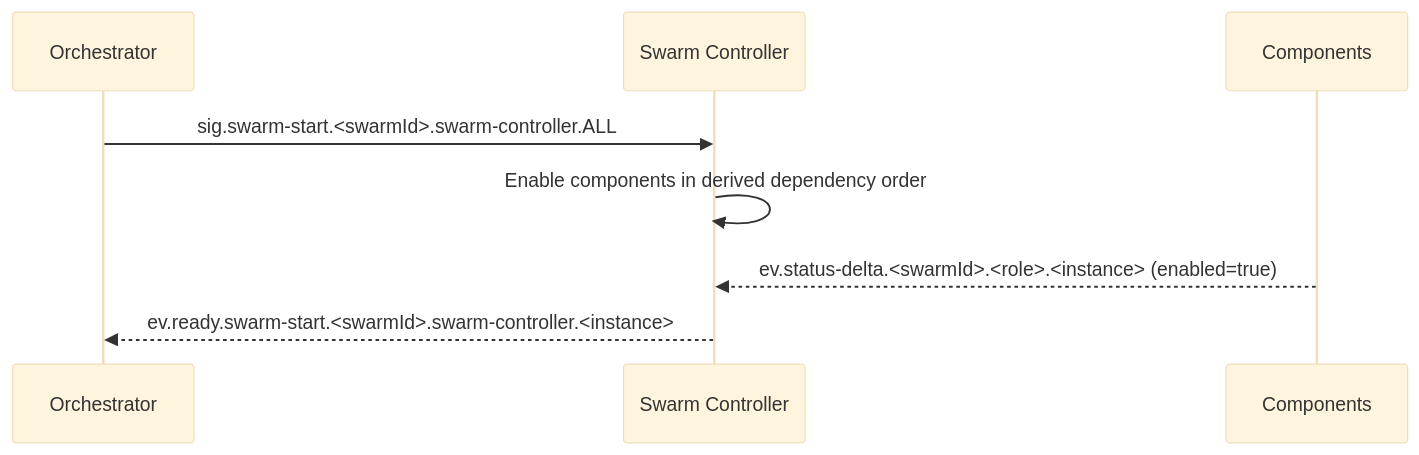
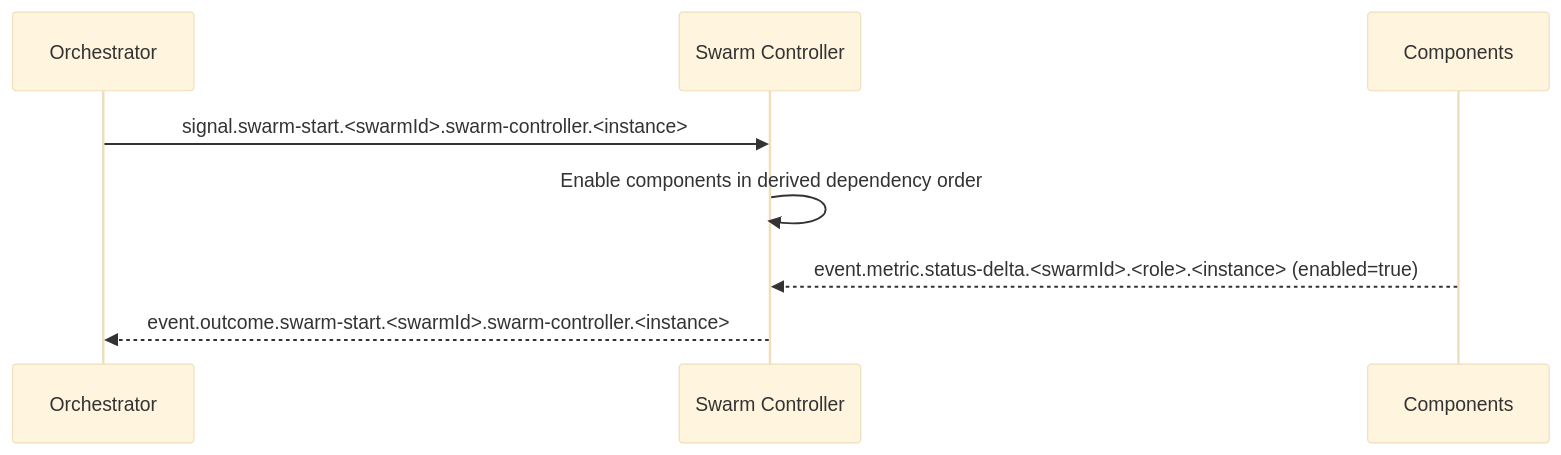
The second of 6 diagrams in docs/ARCHITECTURE.md (sepa79/PocketHive), drawn with Mermaid (base theme) before and after one commit. The commit also changed other lines of this file and 13 other files, not shown here.

````diff
--- a/docs/ARCHITECTURE.md
+++ b/docs/ARCHITECTURE.md
@@ -219,11 +364,11 @@
 ```mermaid
 sequenceDiagram
   participant QN as Orchestrator
   participant MSH as Swarm Controller
   participant CMP as Components
 
-  QN->>MSH: sig.swarm-start.<swarmId>.swarm-controller.ALL
+  QN->>MSH: signal.swarm-start.<swarmId>.swarm-controller.<instance>
   MSH->>MSH: Enable components in derived dependency order
-  CMP-->>MSH: ev.status-delta.<swarmId>.<role>.<instance> (enabled=true)
-  MSH-->>QN: ev.ready.swarm-start.<swarmId>.swarm-controller.<instance>
+  CMP-->>MSH: event.metric.status-delta.<swarmId>.<role>.<instance> (enabled=true)
+  MSH-->>QN: event.outcome.swarm-start.<swarmId>.swarm-controller.<instance>
 ```
````
